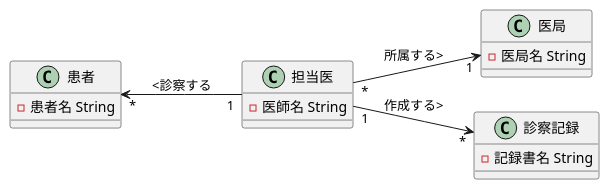
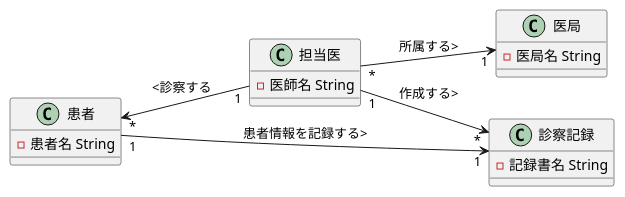
The diagram in 演習3-2_CL_医師と患者と医局と診療記録.pu (kenkensan/uml-introduction), drawn with PlantUML before and after one commit. The commit also changed 1 other file, not shown here.

```diff
--- a/演習3-2_CL_医師と患者と医局と診療記録.pu
+++ b/演習3-2_CL_医師と患者と医局と診療記録.pu
@@ -1,19 +1,20 @@
 @startuml 3-2
 left to right direction
 class 患者{
 -患者名 String
 }
 class 担当医{
 -医師名 String
 }
 class 医局{
 -医局名 String
 }
 class 診察記録 {
  -記録書名 String
 }
 担当医"*"-->"1" 医局:所属する>
 患者 "*"<--"1" 担当医:<診察する
 担当医"1"-->"*" 診察記録:作成する>
+患者"1"-->"1" 診察記録:患者情報を記録する>
 
 @enduml
```
